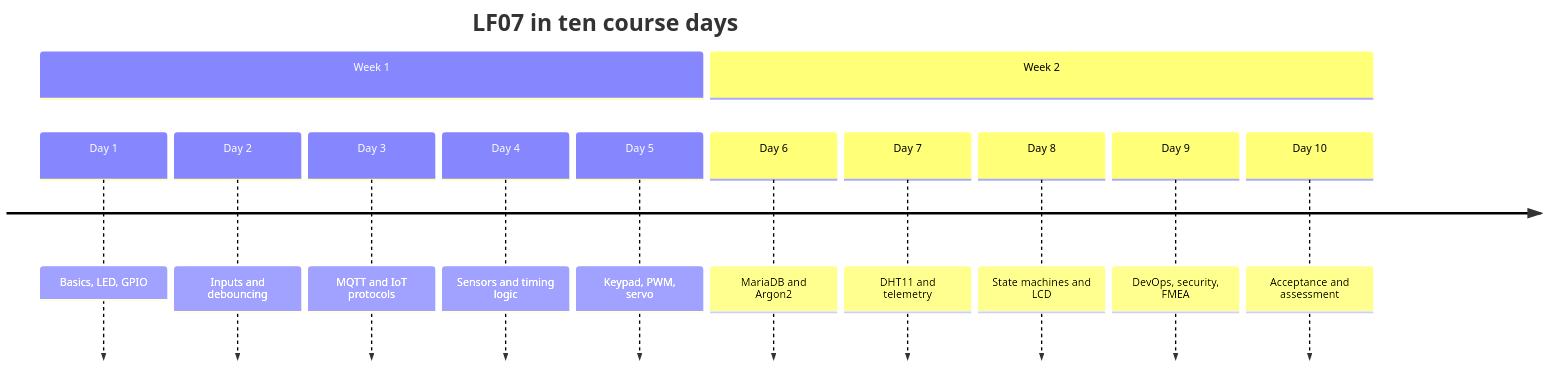
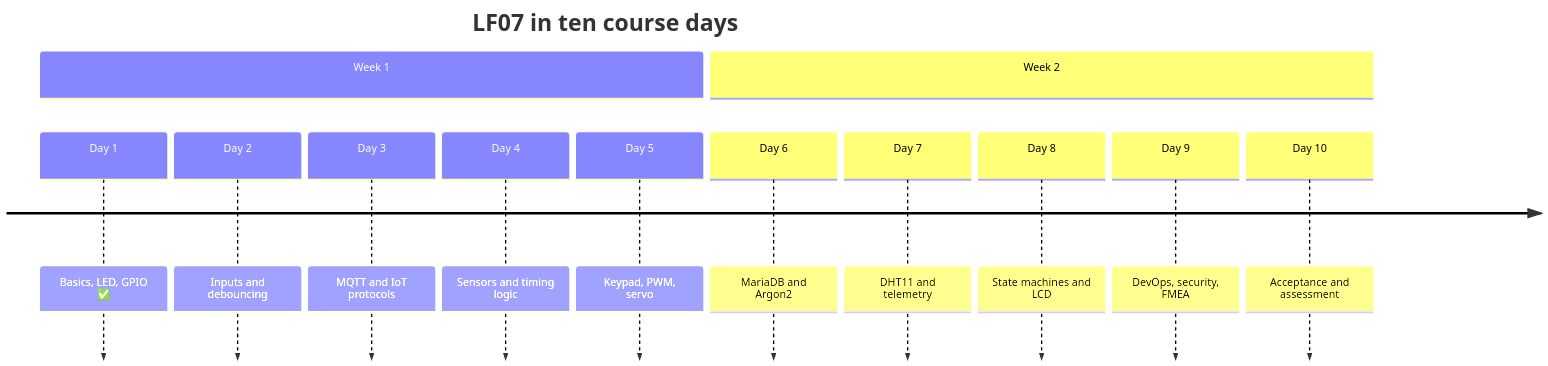
Before and after one commit to philmay1/lf07-cyber-physische-systeme: the third of 4 diagrams in README.md, drawn with Mermaid. The commit also changed other lines of this file and 1 other file, not shown here.

````diff
--- a/README.md
+++ b/README.md
@@ -157,16 +184,16 @@
 ```mermaid
 timeline
     title LF07 in ten course days
     section Week 1
-        Day 1 : Basics, LED, GPIO
+        Day 1 : Basics, LED, GPIO ✅
         Day 2 : Inputs and debouncing
         Day 3 : MQTT and IoT protocols
         Day 4 : Sensors and timing logic
         Day 5 : Keypad, PWM, servo
     section Week 2
         Day 6 : MariaDB and Argon2
         Day 7 : DHT11 and telemetry
         Day 8 : State machines and LCD
         Day 9 : DevOps, security, FMEA
         Day 10 : Acceptance and assessment
 ```
````
